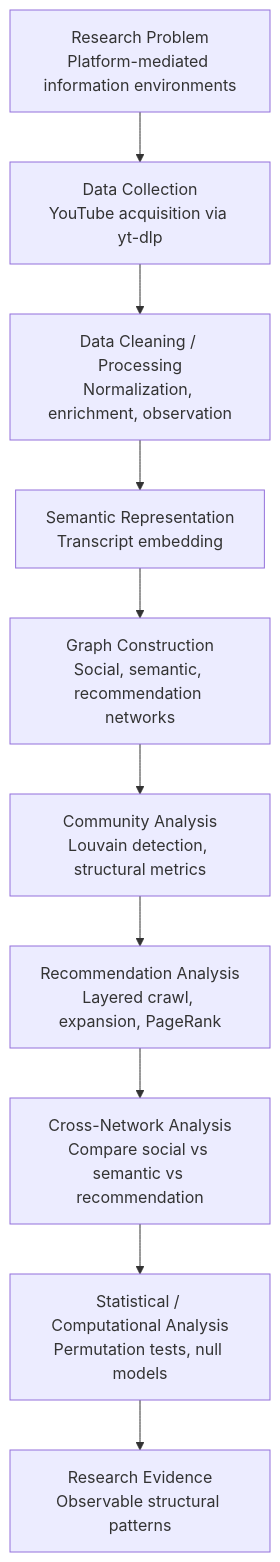
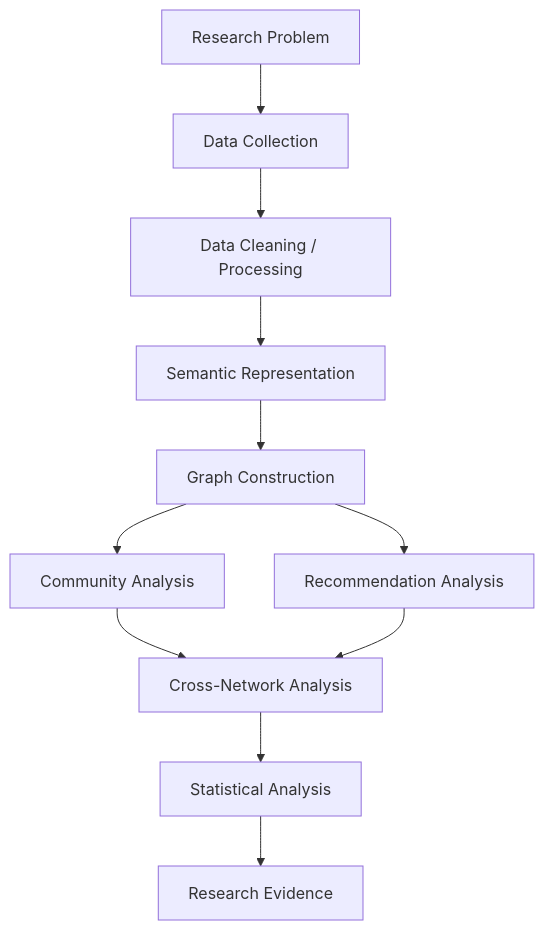
One commit to Ahmed-yasser86/The_CSocial_Science_Lab changed the third of 7 diagrams in README.md. Above: the diagram before and after it, drawn with Mermaid. The commit also changed other lines of this file, not shown here.

First line of the commit message:
fix: remove <br/> tags from Mermaid diagrams in README

````diff
--- a/README.md
+++ b/README.md
@@ -497,15 +497,13 @@
 ```mermaid
 graph TB
-    RP[Research Problem<br/>Platform-mediated information environments]
-    DC[Data Collection<br/>YouTube acquisition via yt-dlp]
-    DCP[Data Cleaning / Processing<br/>Normalization, enrichment, observation]
-    SR[Semantic Representation<br/>Transcript embedding]
-    GC[Graph Construction<br/>Social, semantic, recommendation networks]
-    CA[Community Analysis<br/>Louvain detection, structural metrics]
-    RA[Recommendation Analysis<br/>Layered crawl, expansion, PageRank]
-    CNA[Cross-Network Analysis<br/>Compare social vs semantic vs recommendation]
-    SCA[Statistical / Computational Analysis<br/>Permutation tests, null models]
-    RE[Research Evidence<br/>Observable structural patterns]
-    
-    RP --> DC --> DCP --> SR --> GC --> CA --> RA --> CNA --> SCA --> RE
+    RP[Research Problem] --> DC[Data Collection]
+    DC --> DCP[Data Cleaning / Processing]
+    DCP --> SR[Semantic Representation]
+    SR --> GC[Graph Construction]
+    GC --> CA[Community Analysis]
+    GC --> RA[Recommendation Analysis]
+    CA --> CNA[Cross-Network Analysis]
+    RA --> CNA
+    CNA --> SCA[Statistical Analysis]
+    SCA --> RE[Research Evidence]
 ```
````
